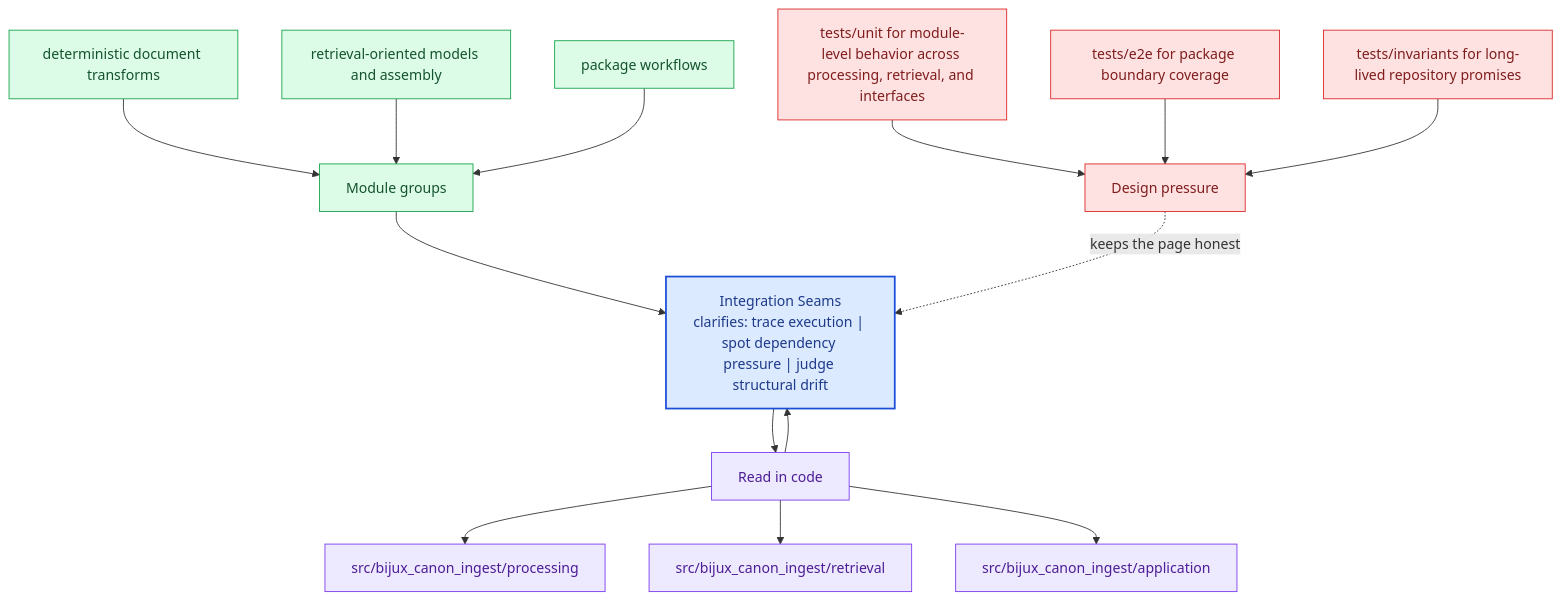
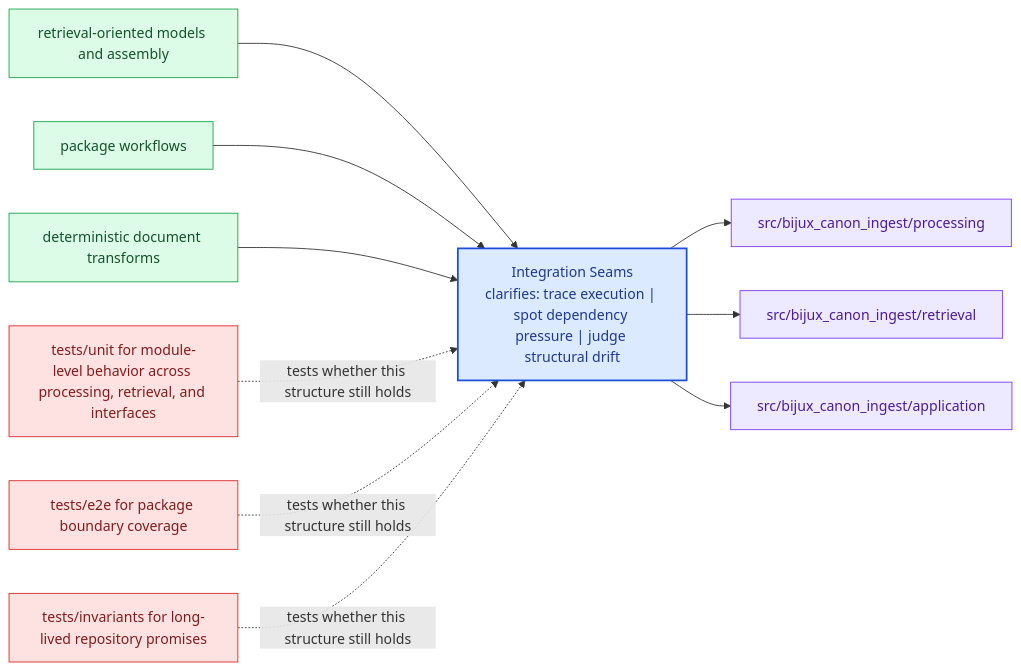
Before and after one commit to bijux/bijux-canon: the diagram in docs/bijux-canon-ingest/architecture/integration-seams.md, drawn with Mermaid. The commit also changed other lines of this file and 281 other files, not shown here.

Commit message:
docs(diagrams): replace repeated mermaid scaffolds with page-specific summaries

````diff
--- a/docs/bijux-canon-ingest/architecture/integration-seams.md
+++ b/docs/bijux-canon-ingest/architecture/integration-seams.md
@@ -68,40 +23,31 @@
 ```mermaid
-flowchart TB
-    promise["Integration Seams<br/>clarifies: trace execution | spot dependency pressure | judge structural drift"]
-    classDef promise fill:#dbeafe,stroke:#1d4ed8,color:#1e3a8a,stroke-width:2px;
-    classDef driver fill:#dcfce7,stroke:#16a34a,color:#14532d;
-    classDef constraint fill:#fee2e2,stroke:#dc2626,color:#7f1d1d;
-    classDef ground fill:#ede9fe,stroke:#7c3aed,color:#4c1d95;
-    focus1["Module groups"]
-    focus1 --> promise
-    focus1_1["deterministic document transforms"]
-    focus1_1 --> focus1
-    focus1_2["retrieval-oriented models and assembly"]
-    focus1_2 --> focus1
-    focus1_3["package workflows"]
-    focus1_3 --> focus1
-    class focus1 driver;
-    class focus1_1,focus1_2,focus1_3 driver;
-    focus2["Read in code"]
-    focus2 --> promise
-    promise --> focus2
-    focus2_1["src/bijux_canon_ingest/processing"]
-    focus2 --> focus2_1
-    focus2_2["src/bijux_canon_ingest/retrieval"]
-    focus2 --> focus2_2
-    focus2_3["src/bijux_canon_ingest/application"]
-    focus2 --> focus2_3
-    class focus2 ground;
-    class focus2_1,focus2_2,focus2_3 ground;
-    focus3["Design pressure"]
-    focus3 -.keeps the page honest.-> promise
-    focus3_1["tests/unit for module-level behavior across processing, retrieval, and interfaces"]
-    focus3_1 --> focus3
-    focus3_2["tests/e2e for package boundary coverage"]
-    focus3_2 --> focus3
-    focus3_3["tests/invariants for long-lived repository promises"]
-    focus3_3 --> focus3
-    class focus3 constraint;
-    class focus3_1,focus3_2,focus3_3 constraint;
-    class promise promise;
+flowchart LR
+    page["Integration Seams<br/>clarifies: trace execution | spot dependency pressure | judge structural drift"]
+    classDef page fill:#dbeafe,stroke:#1d4ed8,color:#1e3a8a,stroke-width:2px;
+    classDef positive fill:#dcfce7,stroke:#16a34a,color:#14532d;
+    classDef caution fill:#fee2e2,stroke:#dc2626,color:#7f1d1d;
+    classDef anchor fill:#ede9fe,stroke:#7c3aed,color:#4c1d95;
+    classDef action fill:#fef3c7,stroke:#d97706,color:#7c2d12;
+    module1["retrieval-oriented models and assembly"]
+    module1 --> page
+    module2["package workflows"]
+    module2 --> page
+    module3["deterministic document transforms"]
+    module3 --> page
+    code1["src/bijux_canon_ingest/processing"]
+    page --> code1
+    code2["src/bijux_canon_ingest/retrieval"]
+    page --> code2
+    code3["src/bijux_canon_ingest/application"]
+    page --> code3
+    pressure1["tests/unit for module-level behavior across processing, retrieval, and interfaces"]
+    pressure1 -.tests whether this structure still holds.-> page
+    pressure2["tests/e2e for package boundary coverage"]
+    pressure2 -.tests whether this structure still holds.-> page
+    pressure3["tests/invariants for long-lived repository promises"]
+    pressure3 -.tests whether this structure still holds.-> page
+    class page page;
+    class module1,module2,module3 positive;
+    class code1,code2,code3 anchor;
+    class pressure1,pressure2,pressure3 caution;
 ```
````
